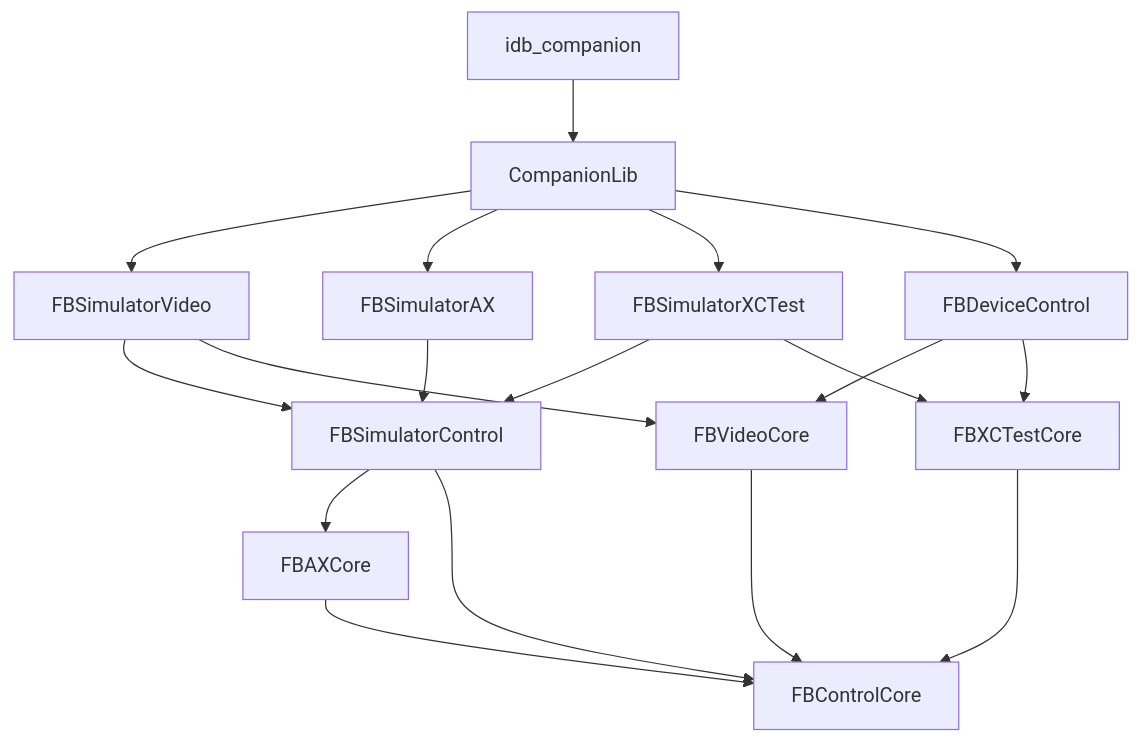
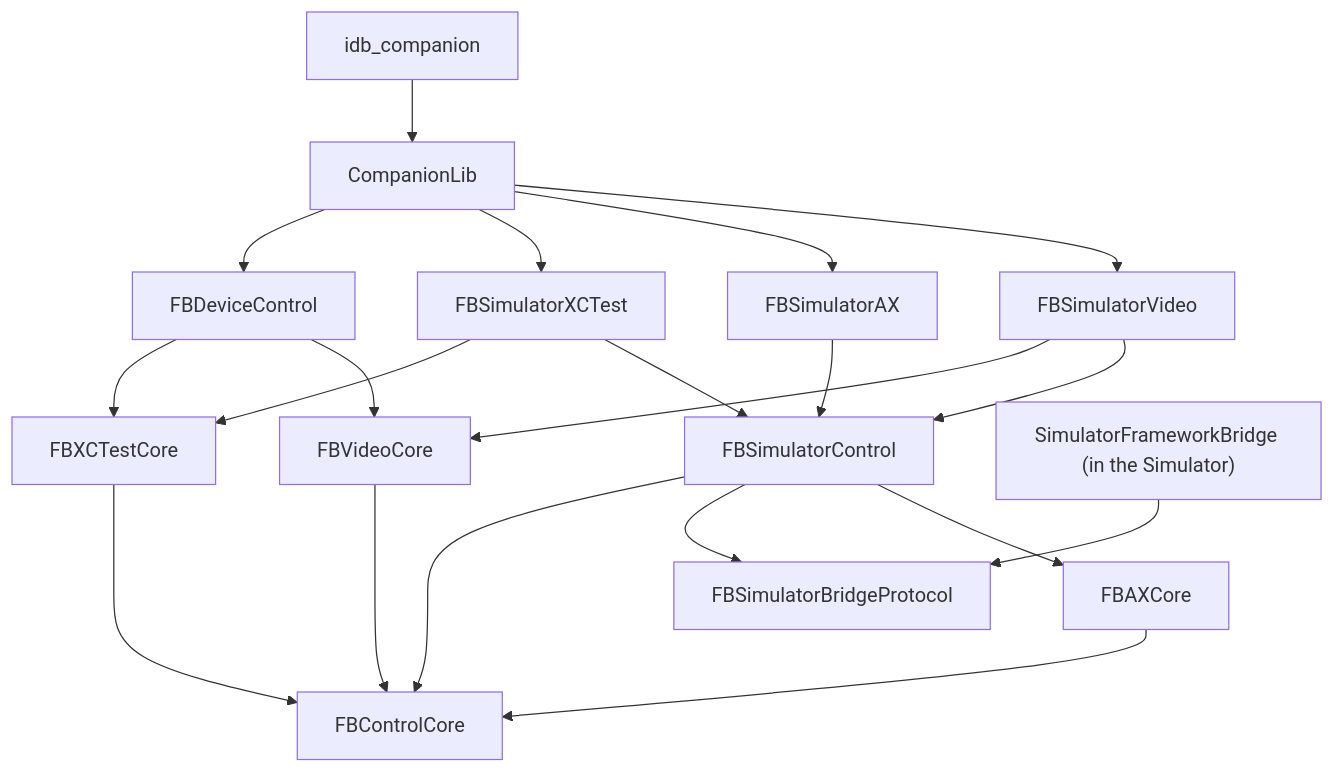
One commit to facebook/idb changed the second of 2 diagrams in website/docs/idb/architecture.mdx. Above: the diagram before and after it, drawn with Mermaid. The commit also changed other lines of this file and 32 other files, not shown here.

First line of the commit message:
Make the bridge protocol a first-class library named FBSimulatorBridgeProtocol

````diff
--- a/website/docs/idb/architecture.mdx
+++ b/website/docs/idb/architecture.mdx
@@ -81,20 +81,22 @@
 ```mermaid
 flowchart TD
     companion["idb_companion"] --> CompanionLib
     CompanionLib --> FBSimulatorVideo
     CompanionLib --> FBSimulatorAX
     CompanionLib --> FBSimulatorXCTest
     CompanionLib --> FBDeviceControl
     FBSimulatorVideo --> FBSimulatorControl
     FBSimulatorVideo --> FBVideoCore
     FBSimulatorAX --> FBSimulatorControl
     FBSimulatorXCTest --> FBSimulatorControl
     FBSimulatorXCTest --> FBXCTestCore
     FBSimulatorControl --> FBAXCore
+    FBSimulatorControl --> FBSimulatorBridgeProtocol
+    guest["SimulatorFrameworkBridge (in the Simulator)"] --> FBSimulatorBridgeProtocol
     FBDeviceControl --> FBVideoCore
     FBDeviceControl --> FBXCTestCore
     FBVideoCore --> FBControlCore
     FBAXCore --> FBControlCore
     FBXCTestCore --> FBControlCore
     FBSimulatorControl --> FBControlCore
 ```
````
